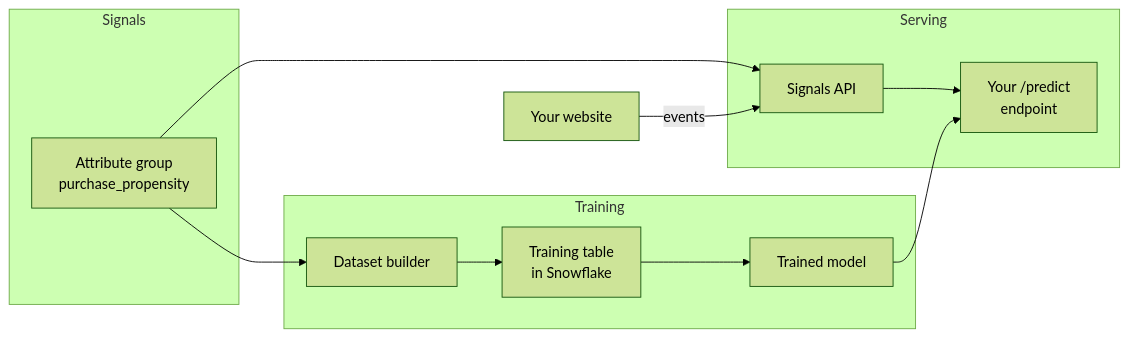
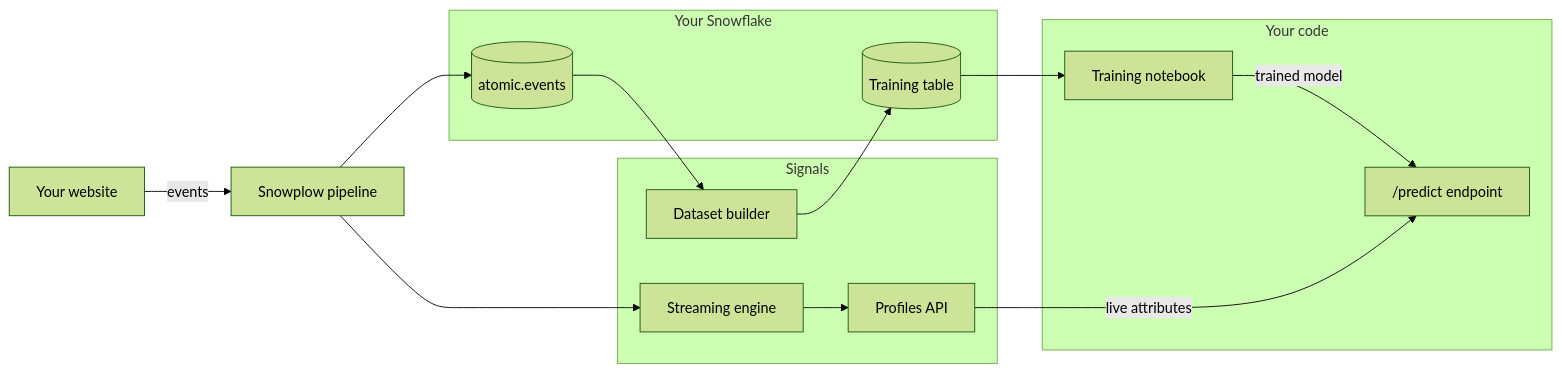
The diagram in tutorials/signals-ml-purchase-propensity/introduction.md (snowplow/documentation), drawn with Mermaid (forest theme) before and after one commit. The commit also changed other lines of this file, not shown here.

Commit message:
Redraw the architecture diagram with systems and tables only
Group the Profiles API with the other Signals components, put the
warehouse tables in their own group, and describe the attribute group
in the text instead of as a box.

````diff
--- a/tutorials/signals-ml-purchase-propensity/introduction.md
+++ b/tutorials/signals-ml-purchase-propensity/introduction.md
@@ -35,19 +35,29 @@
 ```mermaid
 flowchart LR
-    subgraph signals["Signals"]
-        AG["Attribute group<br>purchase_propensity"]
+    site["Your website"] -- "events" --> pipeline["Snowplow pipeline"]
+
+    subgraph warehouse["Your Snowflake"]
+        events[("atomic.events")]
+        table[("Training table")]
     end
 
-    subgraph train["Training"]
-        DB["Dataset builder"] --> T["Training table<br>in Snowflake"] --> M["Trained model"]
+    subgraph signals["Signals"]
+        builder["Dataset builder"]
+        engine["Streaming engine"]
+        profiles["Profiles API"]
     end
 
-    subgraph serve["Serving"]
-        API["Signals API"] --> P["Your /predict<br>endpoint"]
+    subgraph yours["Your code"]
+        notebook["Training notebook"]
+        predict["/predict endpoint"]
     end
 
-    AG --> DB
-    AG --> API
-    M --> P
-    W["Your website"] -- "events" --> API
+    pipeline --> events
+    pipeline --> engine
+    events --> builder
+    builder --> table
+    table --> notebook
+    notebook -- "trained model" --> predict
+    engine --> profiles
+    profiles -- "live attributes" --> predict
 ```
````
